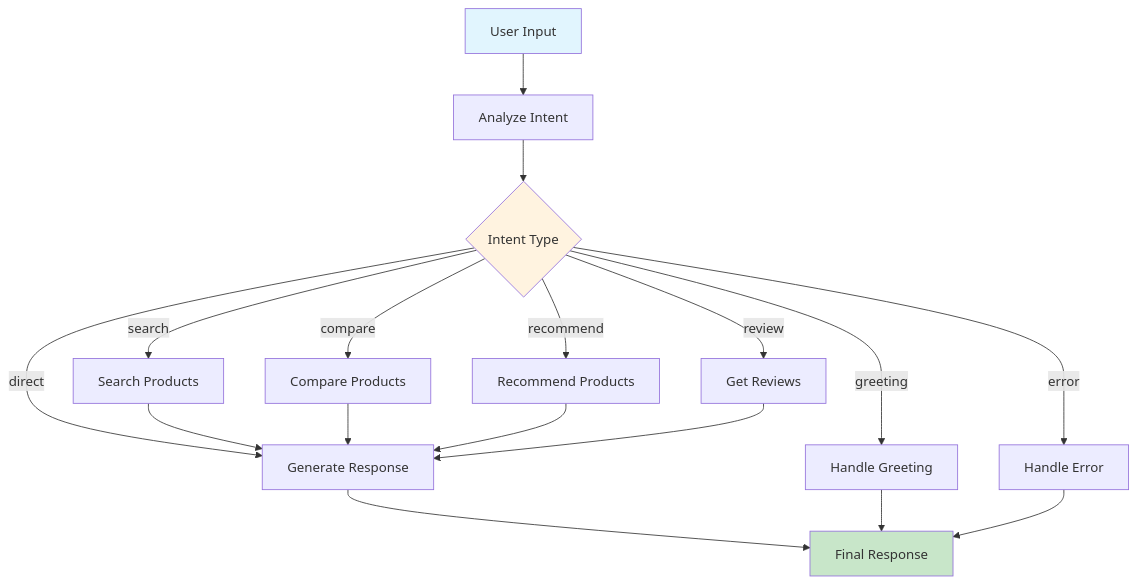
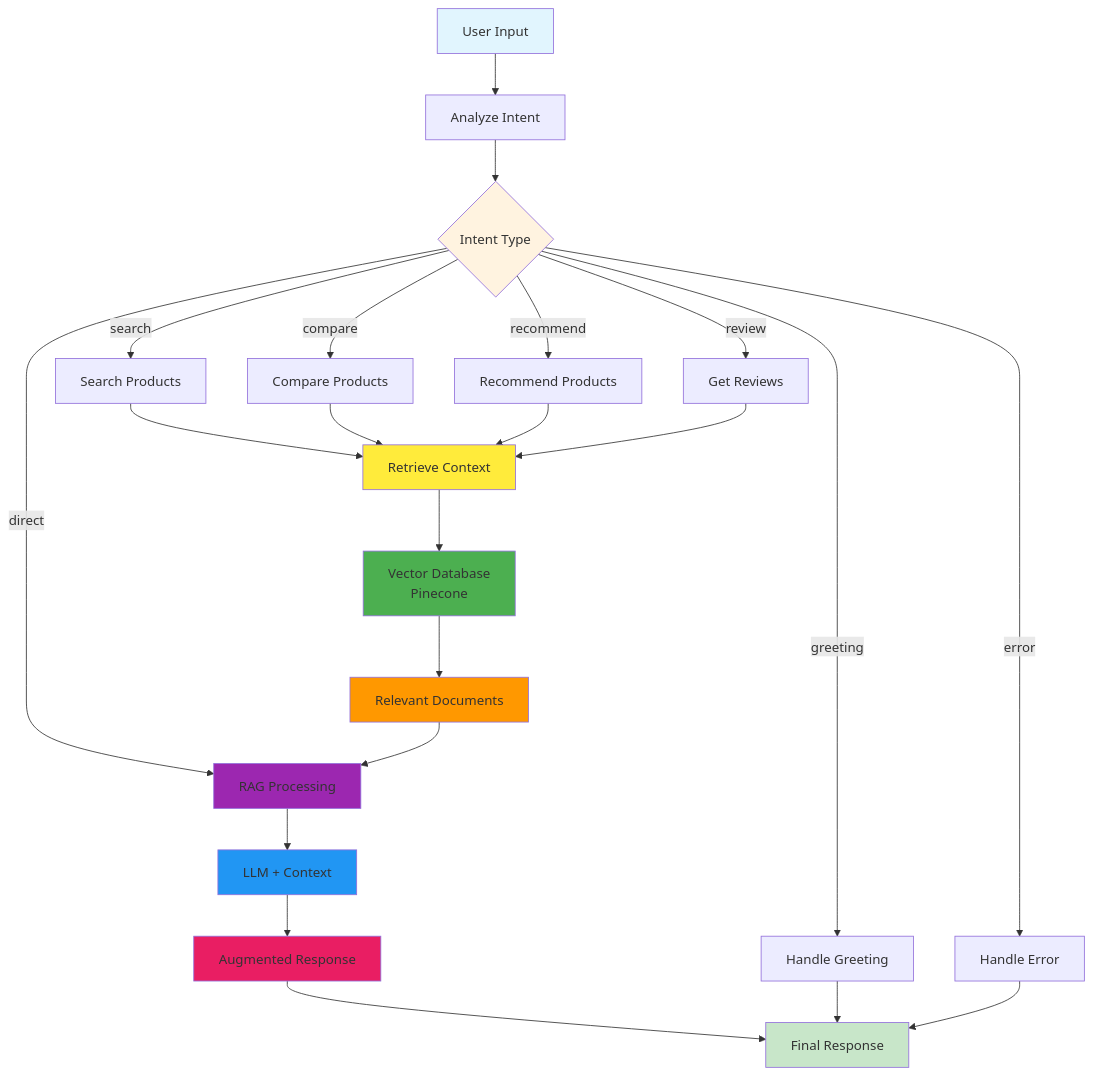
The diagram in Workshop_final/docs/langgraph_agent_documentation.md (avvotinh/evlevate-dn-03), drawn with Mermaid before and after one commit. The commit also changed other lines of this file and 1 other file, not shown here.

````diff
--- a/Workshop_final/docs/langgraph_agent_documentation.md
+++ b/Workshop_final/docs/langgraph_agent_documentation.md
@@ -37,25 +37,38 @@
 ```mermaid
 graph TD
     A[User Input] --> B[Analyze Intent]
     B --> C{Intent Type}
     C -->|greeting| D[Handle Greeting]
     C -->|search| E[Search Products]
     C -->|compare| F[Compare Products]
     C -->|recommend| G[Recommend Products]
     C -->|review| H[Get Reviews]
-    C -->|direct| I[Generate Response]
+    C -->|direct| I[RAG Processing]
     C -->|error| J[Handle Error]
     
-    E --> I
-    F --> I
-    G --> I
-    H --> I
+    E --> L[Retrieve Context]
+    F --> L
+    G --> L
+    H --> L
     
-    I --> K[Final Response]
+    L --> M[Vector Database<br/>Pinecone]
+    M --> N[Relevant Documents]
+    N --> I
+    
+    I --> O[LLM + Context]
+    O --> P[Augmented Response]
+    P --> K[Final Response]
+    
     D --> K
     J --> K
     
     style A fill:#e1f5fe
     style K fill:#c8e6c9
     style C fill:#fff3e0
+    style L fill:#ffeb3b
+    style M fill:#4caf50
+    style N fill:#ff9800
+    style I fill:#9c27b0
+    style O fill:#2196f3
+    style P fill:#e91e63
 ```
````
